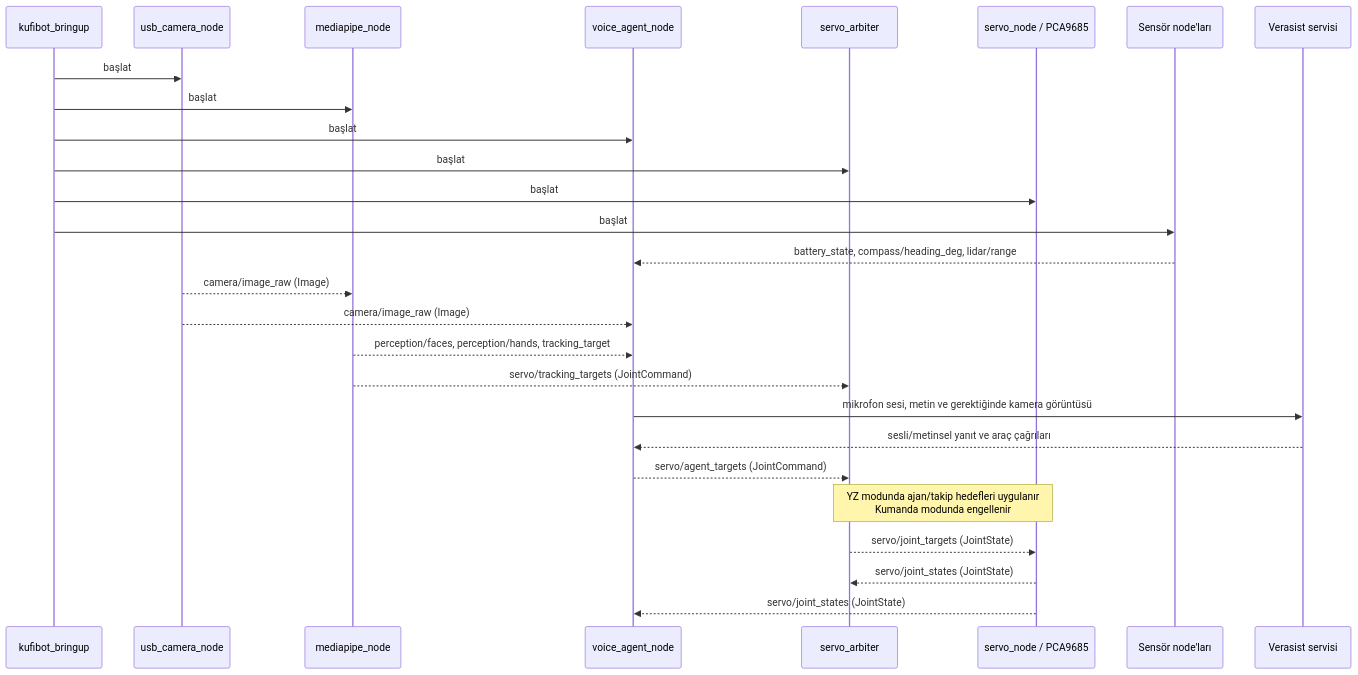
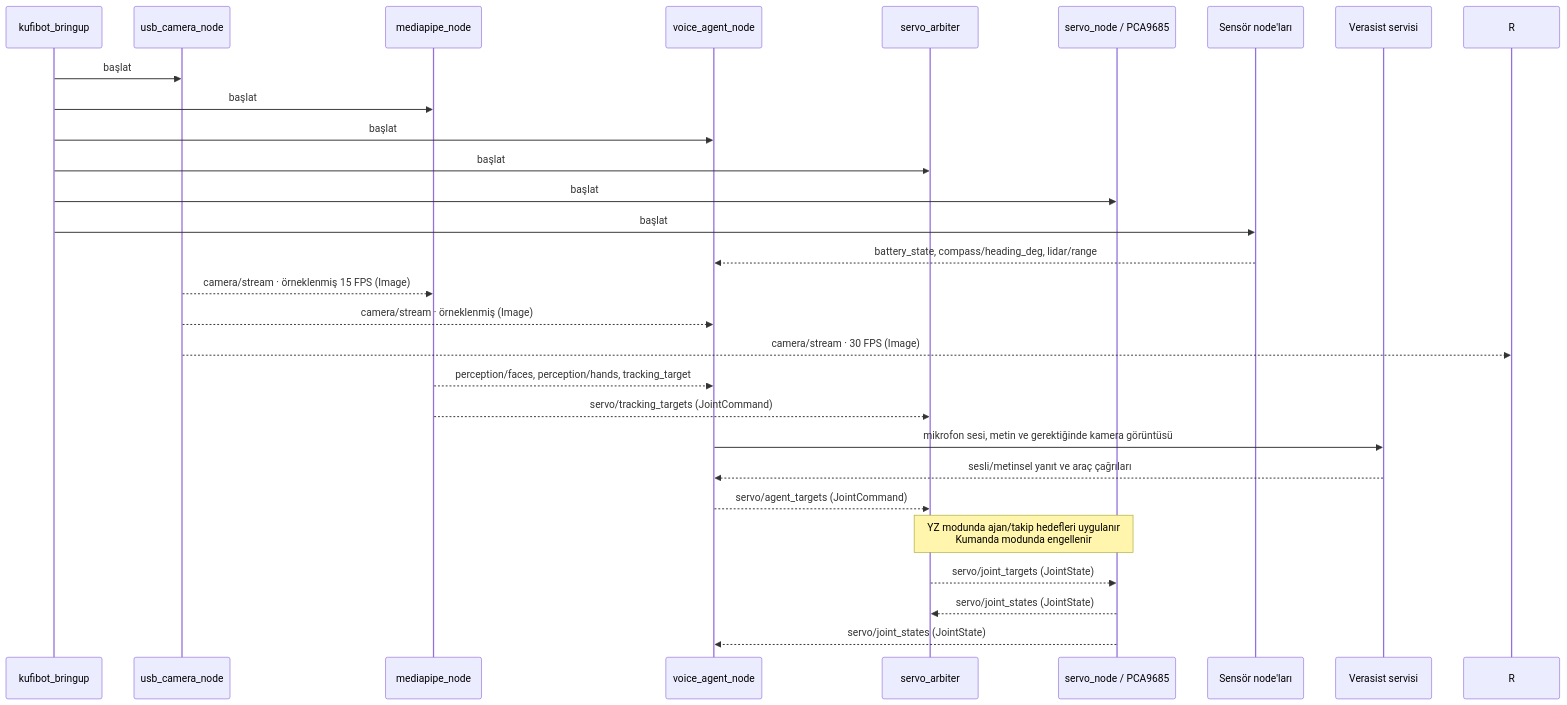
The second of 3 diagrams in README.md (electronicengine/kufibot.ros2), drawn with Mermaid before and after one commit. The commit also changed other lines of this file and 110 other files, not shown here.

````diff
--- a/README.md
+++ b/README.md
@@ -215,30 +261,31 @@
 ```mermaid
 sequenceDiagram
     participant L as kufibot_bringup
     participant C as usb_camera_node
     participant M as mediapipe_node
     participant V as voice_agent_node
     participant A as servo_arbiter
     participant S as servo_node / PCA9685
     participant X as Sensör node'ları
     participant G as Verasist servisi
 
     L->>C: başlat
     L->>M: başlat
     L->>V: başlat
     L->>A: başlat
     L->>S: başlat
     L->>X: başlat
     X-->>V: battery_state, compass/heading_deg, lidar/range
-    C-->>M: camera/image_raw (Image)
-    C-->>V: camera/image_raw (Image)
+    C-->>M: camera/stream · örneklenmiş 15 FPS (Image)
+    C-->>V: camera/stream · örneklenmiş (Image)
+    C-->>R: camera/stream · 30 FPS (Image)
     M-->>V: perception/faces, perception/hands, tracking_target
     M-->>A: servo/tracking_targets (JointCommand)
     V->>G: mikrofon sesi, metin ve gerektiğinde kamera görüntüsü
     G-->>V: sesli/metinsel yanıt ve araç çağrıları
     V-->>A: servo/agent_targets (JointCommand)
     Note over A,S: YZ modunda ajan/takip hedefleri uygulanır<br/>Kumanda modunda engellenir
     A-->>S: servo/joint_targets (JointState)
     S-->>A: servo/joint_states (JointState)
     S-->>V: servo/joint_states (JointState)
 ```
````
